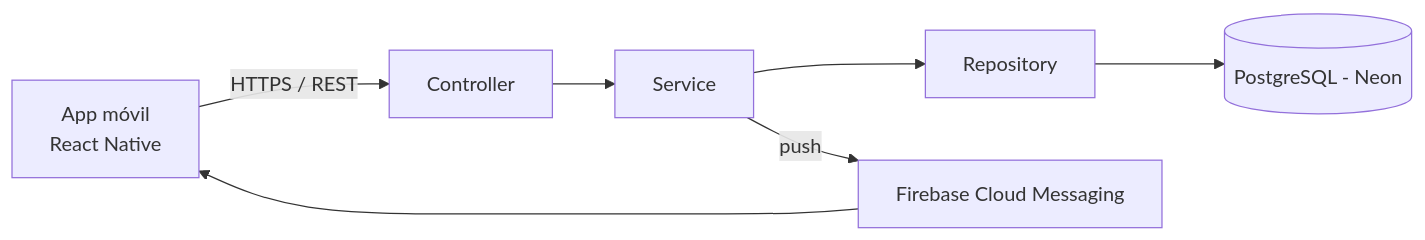
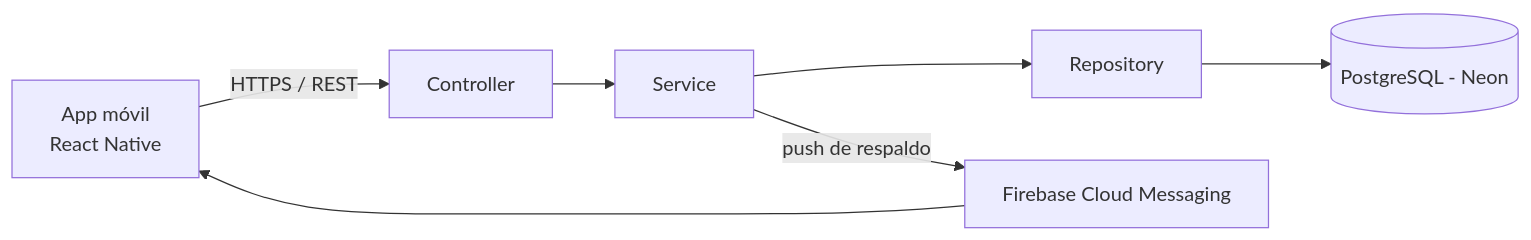
Before and after one commit to MarEluneyGomez/MedTracker: the diagram in docs/arquitectura.md, drawn with Mermaid. The commit also changed other lines of this file and 9 other files, not shown here.

````diff
--- a/docs/arquitectura.md
+++ b/docs/arquitectura.md
@@ -7,9 +7,9 @@
 ```mermaid
 flowchart LR
     APP[App móvil<br/>React Native] -->|HTTPS / REST| CTRL[Controller]
     CTRL --> SRV[Service]
     SRV --> REPO[Repository]
     REPO --> DB[(PostgreSQL - Neon)]
-    SRV -->|push| FCM[Firebase Cloud Messaging]
+    SRV -->|push de respaldo| FCM[Firebase Cloud Messaging]
     FCM --> APP
 ```
````
